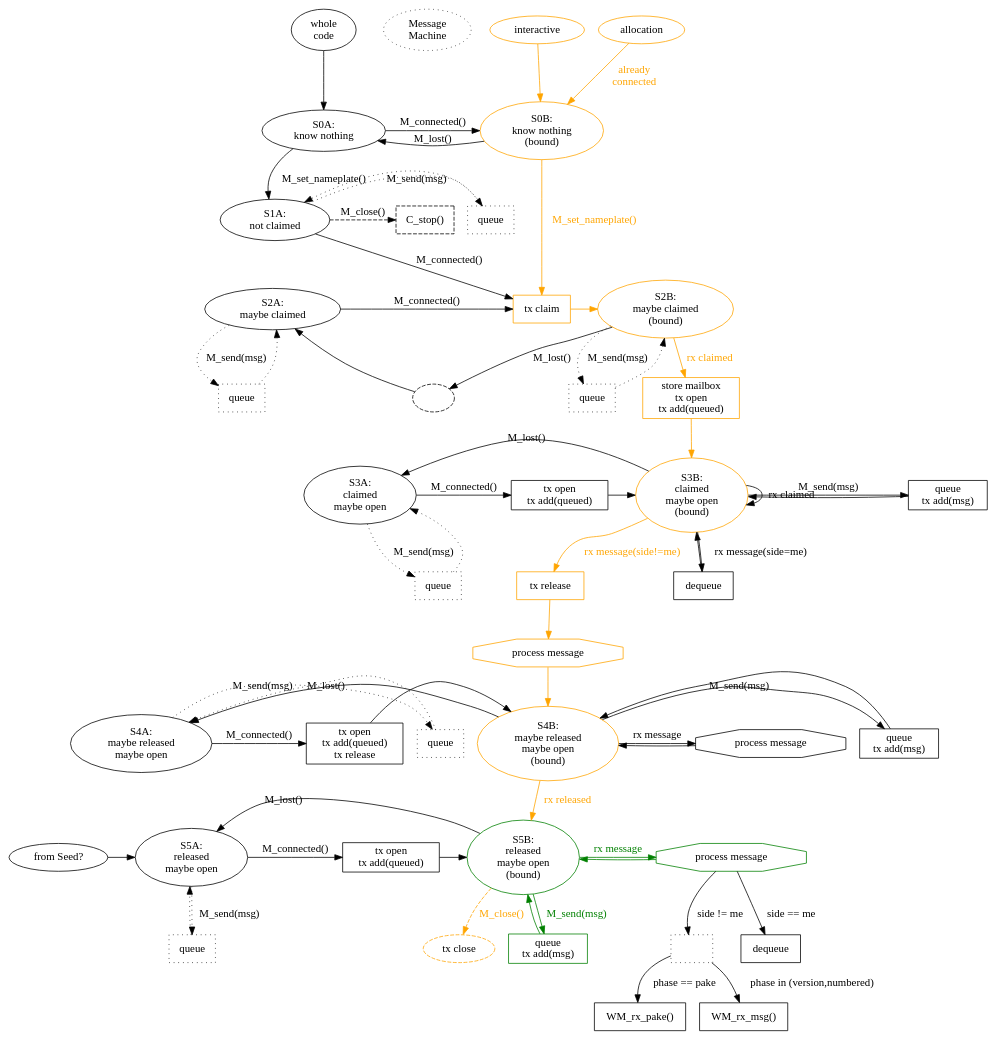
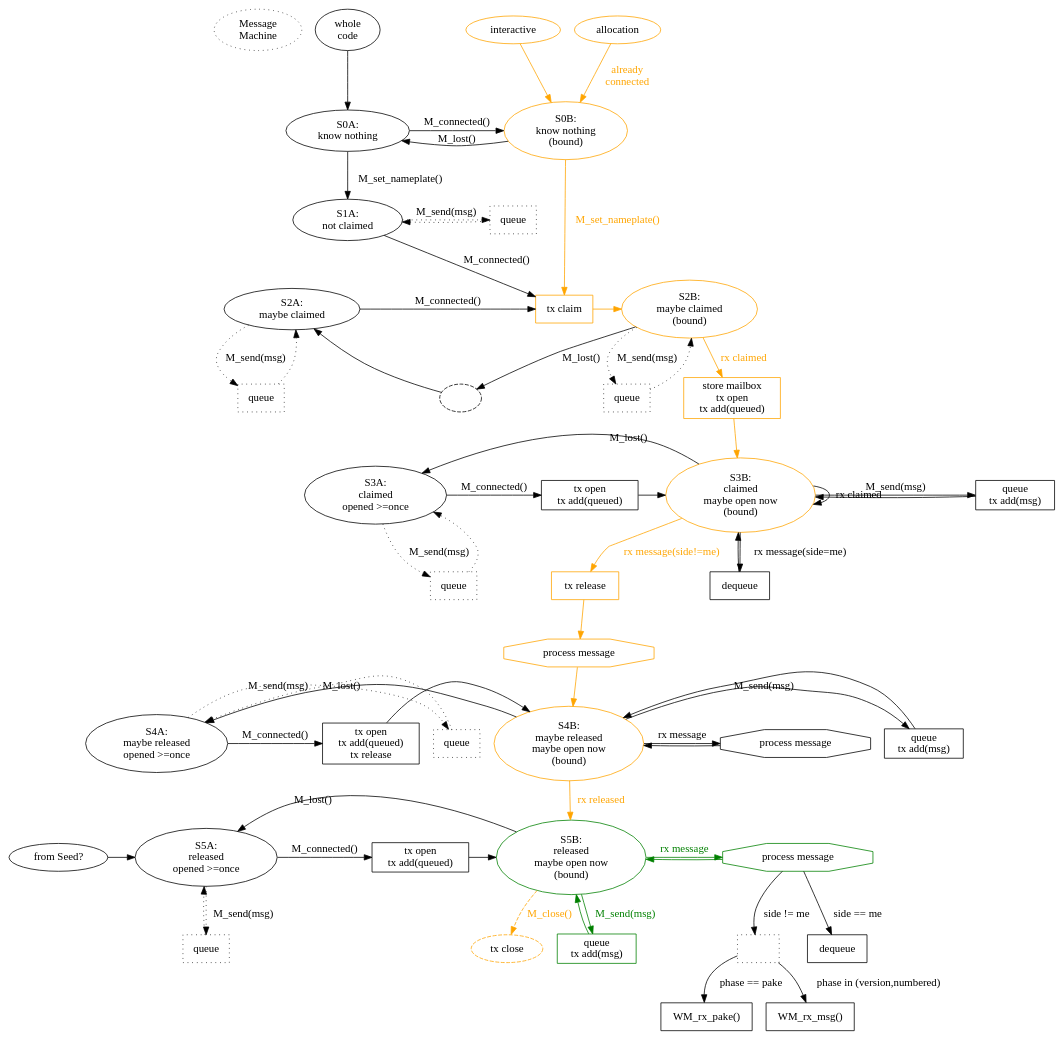
Before and after one commit to magic-wormhole/magic-wormhole: the diagram in docs/w2.dot, drawn with Graphviz. The commit also changed 7 other files, not shown here.

```diff
--- a/docs/w2.dot
+++ b/docs/w2.dot
@@ -1,149 +1,147 @@
 digraph {
         /* new idea */
 
-        {rank=same; M_entry_whole_code M_title M_entry_allocation M_entry_interactive}
+        {rank=same; M_title M_entry_whole_code M_entry_allocation M_entry_interactive}
         M_entry_whole_code [label="whole\ncode"]
         M_entry_whole_code -> M_S0A
         M_title [label="Message\nMachine" style="dotted"]
-        M_entry_whole_code -> M_title [style="invis"]
+
         M_entry_allocation [label="allocation" color="orange"]
         M_entry_allocation -> M_S0B [label="already\nconnected" color="orange" fontcolor="orange"]
         M_entry_interactive [label="interactive" color="orange"]
         M_entry_interactive -> M_S0B [color="orange"]
 
         {rank=same; M_S0A M_S0B}
         M_S0A [label="S0A:\nknow nothing"]
         M_S0B [label="S0B:\nknow nothing\n(bound)" color="orange"]
         M_S0A -> M_S0B [label="M_connected()"]
         M_S0B -> M_S0A [label="M_lost()"]
 
         M_S0A -> M_S1A [label="M_set_nameplate()"]
         M_S0B -> M_P2_claim [label="M_set_nameplate()" color="orange" fontcolor="orange"]
 
-        {rank=same; M_S1A M_C_stop M_P1A_queue}
+        {rank=same; M_S1A M_P1A_queue}
         M_S0B -> M_S2B [style="invis"]
         M_S1A -> M_S2A [style="invis"]
         M_S1A [label="S1A:\nnot claimed"]
         M_S1A -> M_P2_claim [label="M_connected()"]
-        M_S1A -> M_C_stop [label="M_close()" style="dashed"]
-        M_C_stop [shape="box" label="C_stop()" style="dashed"]
         M_S1A -> M_P1A_queue [label="M_send(msg)" style="dotted"]
         M_P1A_queue [shape="box" label="queue" style="dotted"]
         M_P1A_queue -> M_S1A [style="dotted"]
 
         {rank=same; M_S2B M_S2A M_P2_claim}
         M_S2A [label="S2A:\nmaybe claimed"]
         M_S2B [label="S2B:\nmaybe claimed\n(bound)" color="orange"]
         #M_S2B -> M_SrB [label="M_close()" style="dashed"]
         #M_SrB [label="SrB" style="dashed"]
         #M_S2A -> M_SrA [label="M_close()" style="dashed"]
         #M_SrA [label="SrA" style="dashed"]
 
         M_S2A -> M_P2_claim [label="M_connected()"]
         #M_S2B -> M_S2A [label="M_lost()"] # causes bad layout
         M_S2B -> foo [label="M_lost()"]
         foo [label="" style="dashed"]
         foo -> M_S2A
 
         M_P2_claim [shape="box" label="tx claim" color="orange"]
         M_P2_claim -> M_S2B [color="orange"]
         M_S2A -> M_P2C_queue [label="M_send(msg)" style="dotted"]
         M_P2C_queue [shape="box" label="queue" style="dotted"]
         M_P2C_queue -> M_S2A [style="dotted"]
         M_S2B -> M_P2B_queue [label="M_send(msg)" style="dotted"]
         M_P2B_queue [shape="box" label="queue" style="dotted"]
         M_P2B_queue -> M_S2B [style="dotted"]
 
         M_S1A -> M_S3A [label="(none)" style="invis"]
         M_S2B -> M_P_open [label="rx claimed" color="orange" fontcolor="orange"]
         M_P_open [shape="box" label="store mailbox\ntx open\ntx add(queued)" color="orange"]
         M_P_open -> M_S3B [color="orange"]
 
         {rank=same; M_S3A M_S3B M_P3_open M_P3_send}
-        M_S3A [label="S3A:\nclaimed\nmaybe open"]
-        M_S3B [label="S3B:\nclaimed\nmaybe open\n(bound)" color="orange"]
+        M_S3A [label="S3A:\nclaimed\nopened >=once"]
+        M_S3B [label="S3B:\nclaimed\nmaybe open now\n(bound)" color="orange"]
         M_S3A -> M_P3_open [label="M_connected()"]
         M_S3B -> M_S3A [label="M_lost()"]
         M_P3_open [shape="box" label="tx open\ntx add(queued)"]
         M_P3_open -> M_S3B
         M_S3B -> M_S3B [label="rx claimed"]
         M_S3B -> M_P3_send [label="M_send(msg)"]
         M_P3_send [shape="box" label="queue\ntx add(msg)"]
         M_P3_send -> M_S3B
         M_S3A -> M_P3_queue [label="M_send(msg)" style="dotted"]
         M_P3_queue [shape="box" label="queue" style="dotted"]
         M_P3_queue -> M_S3A [style="dotted"]
 
         M_S3A -> M_S4A [label="(none)" style="invis"]
         M_S3B -> M_P3_process_ours [label="rx message(side=me)"]
         M_P3_process_ours [shape="box" label="dequeue"]
         M_P3_process_ours -> M_S3B
         M_S3B -> M_P3_process_theirs1 [label="rx message(side!=me)" color="orange" fontcolor="orange"]
         M_P3_process_theirs1 [shape="box" label="tx release" color="orange"]
         M_P3_process_theirs1 -> M_P3_process_theirs2 [color="orange"]
         M_P3_process_theirs2 [shape="octagon" label="process message" color="orange"]
         /* pay attention to the race here: this process_message() will
         deliver msg_pake to the WormholeMachine, which will compute_key() and
         M_send(version), and we're in between M_S1A (where M_send gets
         queued) and M_S3A (where M_send gets sent and queued), and we're no
         longer passing through the M_P3_open phase (which drains the queue).
         So there's a real possibility of the outbound msg_version getting
         dropped on the floor, or put in a queue but never delivered. */
         M_P3_process_theirs2 -> M_S4B [color="orange"]
 
         {rank=same; M_S4A M_P4_release M_S4B M_P4_process M_P4_send M_P4_queue}
-        M_S4A [label="S4A:\nmaybe released\nmaybe open\n"]
+        M_S4A [label="S4A:\nmaybe released\nopened >=once\n"]
 
-        M_S4B [label="S4B:\nmaybe released\nmaybe open\n(bound)" color="orange"]
+        M_S4B [label="S4B:\nmaybe released\nmaybe open now\n(bound)" color="orange"]
         M_S4A -> M_P4_release [label="M_connected()"]
         M_P4_release [shape="box" label="tx open\ntx add(queued)\ntx release"]
         M_S4B -> M_P4_send [label="M_send(msg)"]
         M_P4_send [shape="box" label="queue\ntx add(msg)"]
         M_P4_send -> M_S4B
         M_S4A -> M_P4_queue [label="M_send(msg)" style="dotted"]
         M_P4_queue [shape="box" label="queue" style="dotted"]
         M_P4_queue -> M_S4A [style="dotted"]
 
         M_P4_release -> M_S4B
         M_S4B -> M_S4A [label="M_lost()"]
         M_S4B -> M_P4_process [label="rx message"]
         M_P4_process [shape="octagon" label="process message"]
         M_P4_process -> M_S4B
 
         M_S4A -> M_S5A [label="(none)" style="invis"]
         M_S4B -> M_S5B [label="rx released" color="orange" fontcolor="orange"]
 
         seed [label="from Seed?"]
         M_S3A -> seed [style="invis"]
         M_S4A -> seed [style="invis"]
         seed -> M_S5A
         {rank=same; seed M_S5A M_S5B M_P5_open M_process}
-        M_S5A [label="S5A:\nreleased\nmaybe open"]
-        M_S5B [label="S5B:\nreleased\nmaybe open\n(bound)" color="green"]
+        M_S5A [label="S5A:\nreleased\nopened >=once"]
+        M_S5B [label="S5B:\nreleased\nmaybe open now\n(bound)" color="green"]
         M_S5A -> M_P5_open [label="M_connected()"]
         M_P5_open [shape="box" label="tx open\ntx add(queued)"]
         M_P5_open -> M_S5B
         M_S5B -> M_S5A [label="M_lost()"]
         M_S5B -> M_process [label="rx message" color="green" fontcolor="green"]
         M_process [shape="octagon" label="process message" color="green"]
         M_process -> M_S5B [color="green"]
         M_S5B -> M_P5_send [label="M_send(msg)" color="green" fontcolor="green"]
         M_P5_send [shape="box" label="queue\ntx add(msg)" color="green"]
         M_P5_send -> M_S5B [color="green"]
         M_S5A -> M_P5_queue [label="M_send(msg)" style="dotted"]
         M_P5_queue [shape="box" label="queue" style="dotted"]
         M_P5_queue -> M_S5A [style="dotted"]
         M_S5B -> M_CcB_P_close [label="M_close()" style="dashed" color="orange" fontcolor="orange"]
         M_CcB_P_close [label="tx close" style="dashed" color="orange"]
 
         M_process [shape="octagon" label="process message"]
         M_process_me [shape="box" label="dequeue"]
         M_process -> M_process_me [label="side == me"]
         M_process_them [shape="box" label="" style="dotted"]
         M_process -> M_process_them [label="side != me"]
         M_process_them -> M_process_pake [label="phase == pake"]
         M_process_pake [shape="box" label="WM_rx_pake()"]
         M_process_them -> M_process_other [label="phase in (version,numbered)"]
         M_process_other [shape="box" label="WM_rx_msg()"]
 
 }
```
